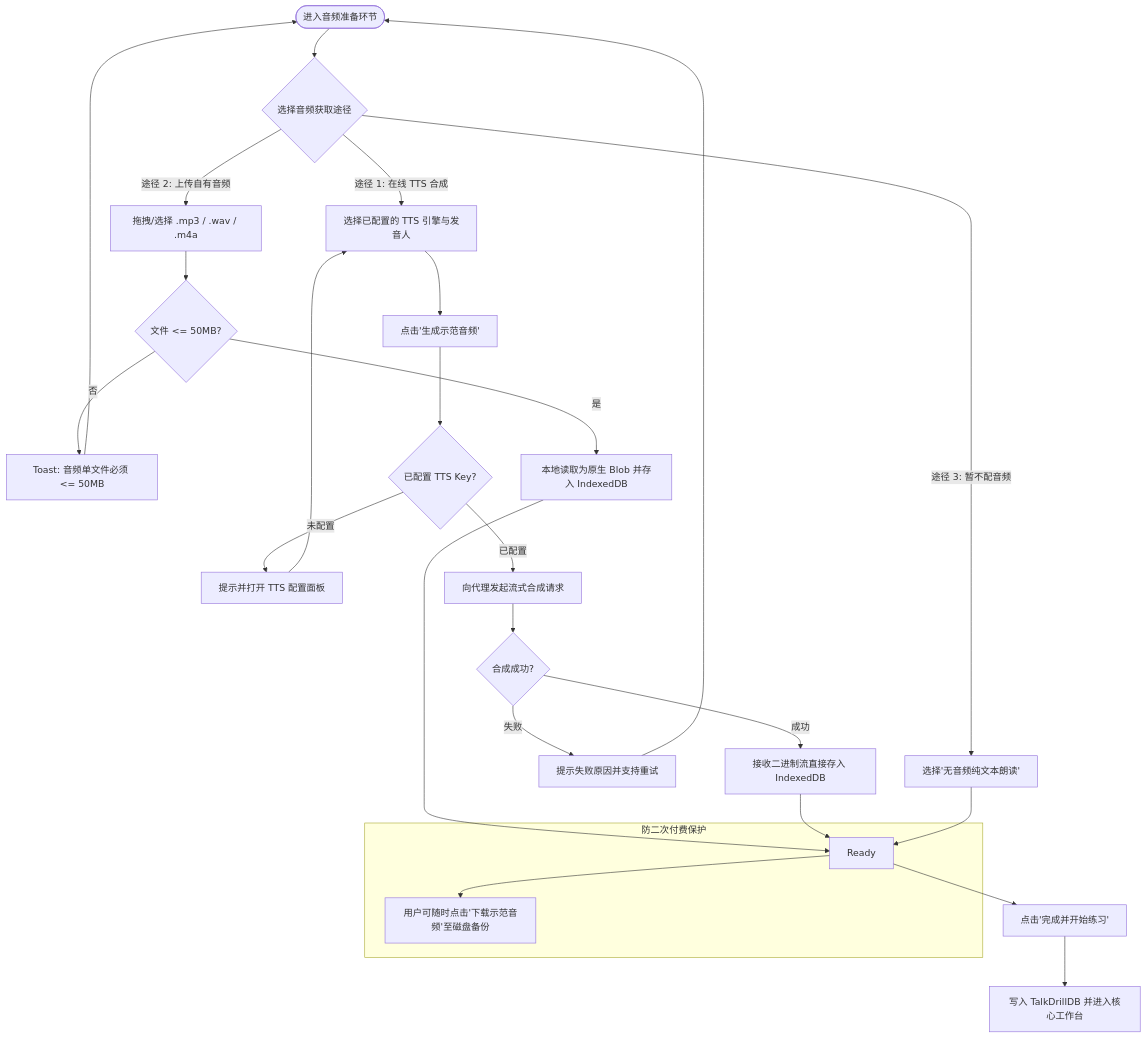
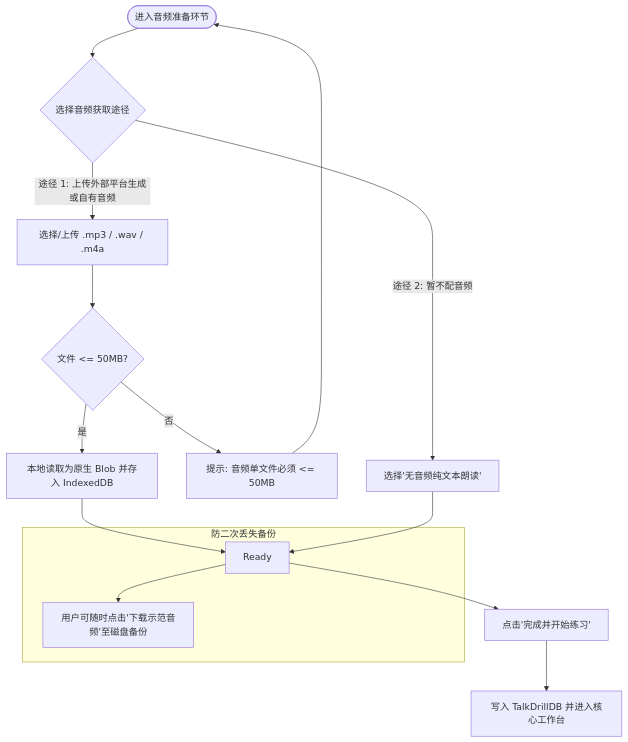
Before and after one commit to availlogic/talkdrill: the third of 7 diagrams in docs/User-Flows.md, drawn with Mermaid. The commit also changed other lines of this file and 14 other files, not shown here.

Commit message:
feat(audio): disable in-app TTS and adopt user audio upload workflow

````diff
--- a/docs/User-Flows.md
+++ b/docs/User-Flows.md
@@ -96,29 +96,19 @@
 ```mermaid
 flowchart TD
     AudioStart([进入音频准备环节]) --> AudioSource{选择音频获取途径}
     
-    AudioSource -->|途径 1: 在线 TTS 合成| TTSConfig[选择已配置的 TTS 引擎与发音人]
-    AudioSource -->|途径 2: 上传自有音频| UploadAudio[拖拽/选择 .mp3 / .wav / .m4a]
-    AudioSource -->|途径 3: 暂不配音频| SilentMode[选择'无音频纯文本朗读']
+    AudioSource -->|途径 1: 上传外部平台生成或自有音频| UploadAudio[选择/上传 .mp3 / .wav / .m4a]
+    AudioSource -->|途径 2: 暂不配音频| SilentMode[选择'无音频纯文本朗读']
     
     UploadAudio --> CheckAudioSize{文件 <= 50MB?}
-    CheckAudioSize -->|否| AudioSizeErr[Toast: 音频单文件必须 <= 50MB] --> AudioStart
+    CheckAudioSize -->|否| AudioSizeErr[提示: 音频单文件必须 <= 50MB] --> AudioStart
     CheckAudioSize -->|是| ReadBlob[本地读取为原生 Blob 并存入 IndexedDB] --> Ready
-    
-    TTSConfig --> TriggerTTS[点击'生成示范音频']
-    TriggerTTS --> CheckTTSKey{已配置 TTS Key?}
-    CheckTTSKey -->|未配置| PopTTSKey[提示并打开 TTS 配置面板] --> TTSConfig
-    CheckTTSKey -->|已配置| FetchTTS[向代理发起流式合成请求]
-    
-    FetchTTS --> TTSSuccess{合成成功?}
-    TTSSuccess -->|失败| ShowTTSErr[提示失败原因并支持重试] --> AudioStart
-    TTSSuccess -->|成功| StoreBlob[接收二进制流直接存入 IndexedDB] --> Ready
     
     SilentMode --> Ready
     Ready --> FinishArticle[点击'完成并开始练习']
     FinishArticle --> SaveDB[写入 TalkDrillDB 并进入核心工作台]
     
-    subgraph AudioDownload ["防二次付费保护"]
+    subgraph AudioDownload ["防二次丢失备份"]
         Ready --> OptDownload[用户可随时点击'下载示范音频'至磁盘备份]
     end
 ```
````
